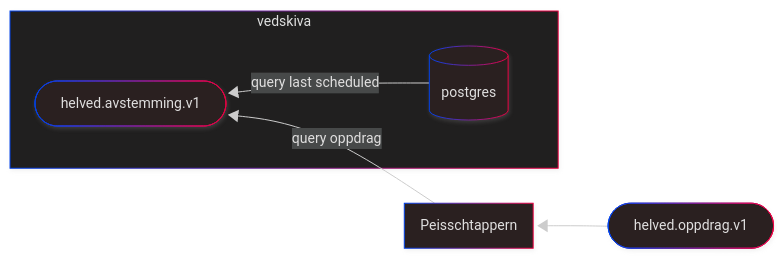
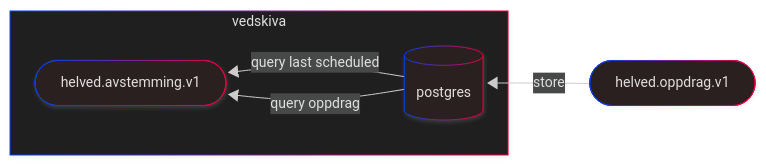
The diagram in apps/vedskiva/vedskiva.mmd (navikt/helved-utbetaling), drawn with Mermaid before and after one commit. The commit also changed 8 other files, not shown here.

```diff
--- a/apps/vedskiva/vedskiva.mmd
+++ b/apps/vedskiva/vedskiva.mmd
@@ -1,15 +1,15 @@
 ---
 config:
   theme: neo-dark
   layout: dagre
   look: neo
 ---
 flowchart RL
  subgraph Topologi["vedskiva"]
     postgres[("postgres")]
     avstemming(["helved.avstemming.v1"])
         
   end
-    oppdrag(["helved.oppdrag.v1"]) --> Peisschtappern
+    oppdrag(["helved.oppdrag.v1"]) --> |store| postgres
     postgres --> |query last scheduled| avstemming
-    Peisschtappern --> |query oppdrag| avstemming
+    postgres --> |query oppdrag| avstemming
```
